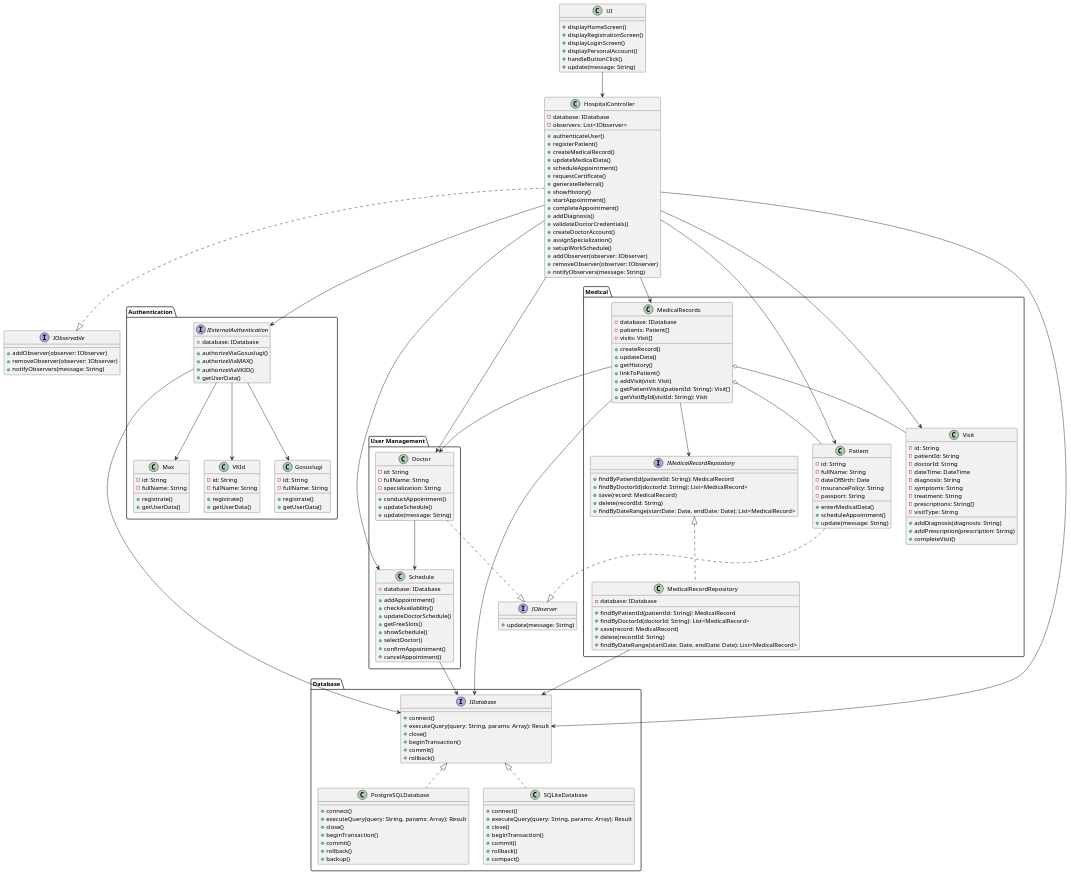
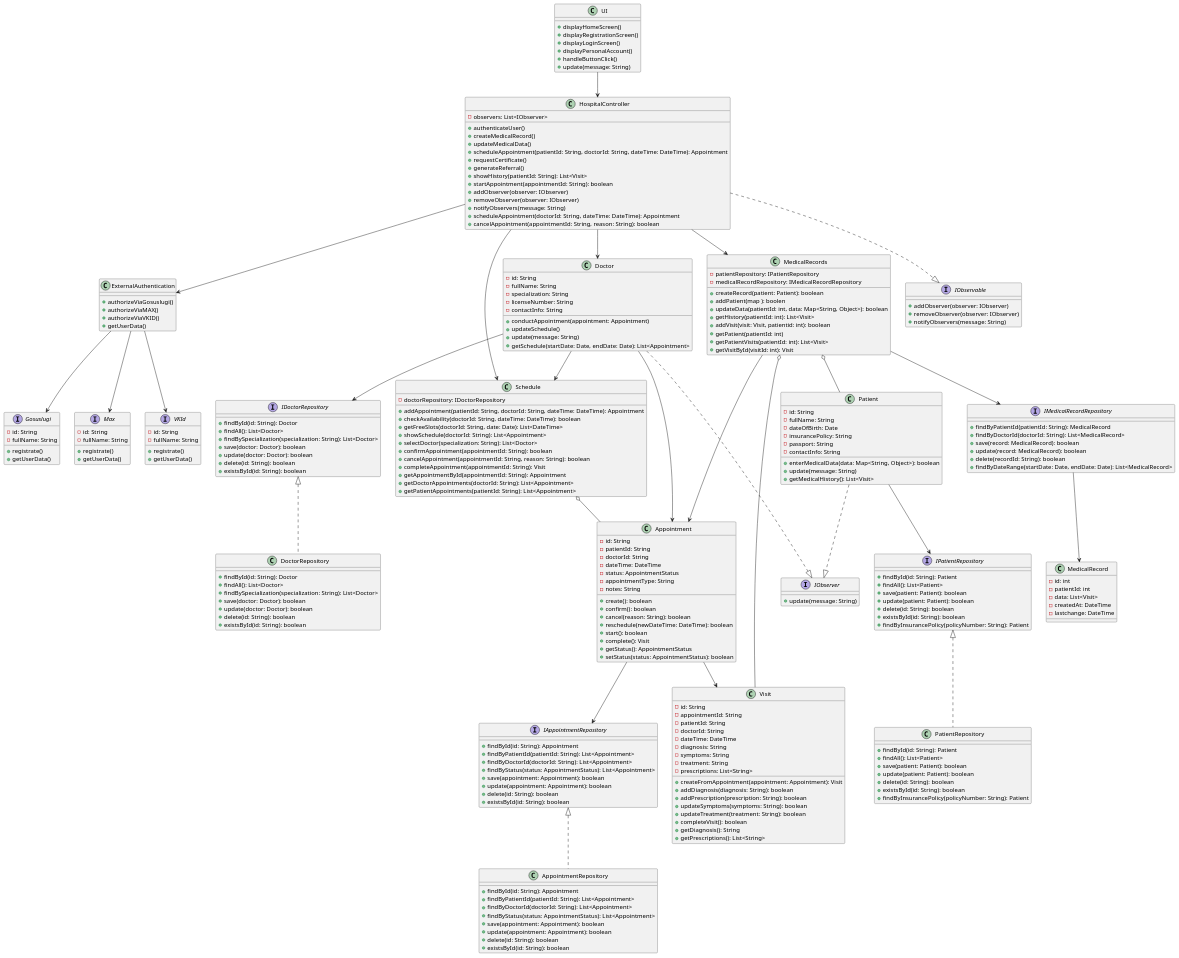
Before and after one commit to penamarth/bsbo-02-23_team5_var3_clinic: the diagram in ClassDiagram.md, drawn with PlantUML.

```diff
--- a/ClassDiagram.md
+++ b/ClassDiagram.md
@@ -1,163 +1,216 @@
 @startuml
 
-package "Authentication" {
-    interface IExternalAuthentication {
-        -database: IDatabase
-        +authorizeViaGosuslugi()
-        +authorizeViaMAX()
-        +authorizeViaVKID()
-        +getUserData()
-    }
+class ExternalAuthentication {
+    +authorizeViaGosuslugi()
+    +authorizeViaMAX()
+    +authorizeViaVKID()
+    +getUserData()
+}
     
-    class Gosuslugi {
-        -id: String
-        -fullName: String
-        +registrate()
-        +getUserData()
-    }
+interface Gosuslugi {
+    -id: String
+    -fullName: String
+    +registrate()
+    +getUserData()
+}
     
-    class Max {
-        -id: String
-        -fullName: String
-        +registrate()
-        +getUserData()
-    }
+interface Max {
+    -id: String
+    -fullName: String
+    +registrate()
+    +getUserData()
+}
     
-    class VKId {
-        -id: String
-        -fullName: String
-        +registrate()
-        +getUserData()
-    }
-    
-    
+interface VKId {
+    -id: String
+    -fullName: String
+    +registrate()
+    +getUserData()
 }
 
-package "User Management" {
 
-    class Doctor {
-        -id: String
-        -fullName: String
-        -specialization: String
-        +conductAppointment()
-        +updateSchedule()
-        +update(message: String)
-    }
-    class Schedule {
-        -database: IDatabase
-        +addAppointment()
-        +checkAvailability()
-        +updateDoctorSchedule()
-        +getFreeSlots()
-        +showSchedule()
-        +selectDoctor()
-        +confirmAppointment()
-        +cancelAppointment()
-    }
+interface IDoctorRepository {
+    +findById(id: String): Doctor
+    +findAll(): List<Doctor>
+    +findBySpecialization(specialization: String): List<Doctor>
+    +save(doctor: Doctor): boolean
+    +update(doctor: Doctor): boolean
+    +delete(id: String): boolean
+    +existsById(id: String): boolean
+}
     
+class DoctorRepository implements IDoctorRepository {
+    +findById(id: String): Doctor
+    +findAll(): List<Doctor>
+    +findBySpecialization(specialization: String): List<Doctor>
+    +save(doctor: Doctor): boolean
+    +update(doctor: Doctor): boolean
+    +delete(id: String): boolean
+    +existsById(id: String): boolean
+}
+    
+interface IPatientRepository {
+    +findById(id: String): Patient
+    +findAll(): List<Patient>
+    +save(patient: Patient): boolean
+    +update(patient: Patient): boolean
+    +delete(id: String): boolean
+    +existsById(id: String): boolean
+    +findByInsurancePolicy(policyNumber: String): Patient
+}
+   
+class PatientRepository implements IPatientRepository {
+    +findById(id: String): Patient
+    +findAll(): List<Patient>
+    +save(patient: Patient): boolean
+    +update(patient: Patient): boolean
+    +delete(id: String): boolean
+    +existsById(id: String): boolean
+    +findByInsurancePolicy(policyNumber: String): Patient
+}
+   
+interface IMedicalRecordRepository {
+    +findByPatientId(patientId: String): MedicalRecord
+    +findByDoctorId(doctorId: String): List<MedicalRecord>
+    +save(record: MedicalRecord): boolean
+    +update(record: MedicalRecord): boolean
+    +delete(recordId: String): boolean
+    +findByDateRange(startDate: Date, endDate: Date): List<MedicalRecord>
+}
+  
+class Doctor {
+    -id: String
+    -fullName: String
+    -specialization: String
+    -licenseNumber: String
+    -contactInfo: String
+    +conductAppointment(appointment: Appointment)  /'Вызывает Appointment, Visit формируется в нём, и потом в медикал рекордс'/
+    +updateSchedule()
+    +update(message: String)   /'Для обсервера'/
+    +getSchedule(startDate: Date, endDate: Date): List<Appointment> /'Вызывает Schedule - метод getDoctorAppointments'/
+}
+    
+class Appointment {
+    -id: String
+    -patientId: String
+    -doctorId: String
+    -dateTime: DateTime
+    -status: AppointmentStatus
+    -appointmentType: String
+    -notes: String
+    +create(): boolean
+    +confirm(): boolean
+    +cancel(reason: String): boolean
+    +reschedule(newDateTime: DateTime): boolean
+    +start(): boolean
+    +complete(): Visit   /'Создаётся объект Visit, который должен передаваться в MedicalRecords'/
+    +getStatus(): AppointmentStatus
+    +setStatus(status: AppointmentStatus): boolean
 }
 
-package "Medical" {
-    class Visit {
-        -id: String
-        -patientId: String
-        -doctorId: String
-        -dateTime: DateTime
-        -diagnosis: String
-        -symptoms: String
-        -treatment: String
-        -prescriptions: String[]
-        -visitType: String
-        +addDiagnosis(diagnosis: String)
-        +addPrescription(prescription: String)
-        +completeVisit()
-    }
-
-    class MedicalRecords {
-        -database: IDatabase
-        -patients: Patient[]
-        -visits: Visit[]
-        +createRecord()
-        +updateData()
-        +getHistory()
-        +linkToPatient()
-        +addVisit(visit: Visit)
-        +getPatientVisits(patientId: String): Visit[]
-        +getVisitById(visitId: String): Visit
-    }
-    class Patient {
-        -id: String
-        -fullName: String
-        -dateOfBirth: Date
-        -insurancePolicy: String
-        -passport: String
-        +enterMedicalData()
-        +scheduleAppointment()
-        +update(message: String)
-    }
-
-    interface IMedicalRecordRepository {
-        +findByPatientId(patientId: String): MedicalRecord
-        +findByDoctorId(doctorId: String): List<MedicalRecord>
-        +save(record: MedicalRecord)
-        +delete(recordId: String)
-        +findByDateRange(startDate: Date, endDate: Date): List<MedicalRecord>
-    }
-
-    class MedicalRecordRepository implements IMedicalRecordRepository {
-        -database: IDatabase
-        +findByPatientId(patientId: String): MedicalRecord
-        +findByDoctorId(doctorId: String): List<MedicalRecord>
-        +save(record: MedicalRecord)
-        +delete(recordId: String)
-        +findByDateRange(startDate: Date, endDate: Date): List<MedicalRecord>
-    }
+interface IAppointmentRepository 
+{
+    +findById(id: String): Appointment
+    +findByPatientId(patientId: String): List<Appointment>
+    +findByDoctorId(doctorId: String): List<Appointment>
+    +findByStatus(status: AppointmentStatus): List<Appointment>
+    +save(appointment: Appointment): boolean
+    +update(appointment: Appointment): boolean
+    +delete(id: String): boolean
+    +existsById(id: String): boolean
+}
     
+class AppointmentRepository implements IAppointmentRepository 
+{
+    +findById(id: String): Appointment
+    +findByPatientId(patientId: String): List<Appointment>
+    +findByDoctorId(doctorId: String): List<Appointment>
+    +findByStatus(status: AppointmentStatus): List<Appointment>
+    +save(appointment: Appointment): boolean
+    +update(appointment: Appointment): boolean
+    +delete(id: String): boolean
+    +existsById(id: String): boolean
+}
+class Schedule {
+    -doctorRepository: IDoctorRepository
+    +addAppointment(patientId: String, doctorId: String, dateTime: DateTime): Appointment   /' Вызывает Appointment'/
+    +checkAvailability(doctorId: String, dateTime: DateTime): boolean      
+    +getFreeSlots(doctorId: String, date: Date): List<DateTime> /'Вызывает Appointment -> AppointmentRepository '/
+    +showSchedule(doctorId: String): List<Appointment>  /'ВызываетСЯ Hospitalcontroller '/
+    +selectDoctor(specialization: String): List<Doctor>
+    +confirmAppointment(appointmentId: String): boolean
+    +cancelAppointment(appointmentId: String, reason: String): boolean
+    +completeAppointment(appointmentId: String): Visit
+    +getAppointmentById(appointmentId: String): Appointment
+    +getDoctorAppointments(doctorId: String): List<Appointment>
+    +getPatientAppointments(patientId: String): List<Appointment>
+}
     
-}
-  
-
-package "Database" {
-    interface IDatabase {
-        +connect()
-        +executeQuery(query: String, params: Array): Result
-        +close()
-        +beginTransaction()
-        +commit()
-        +rollback()
-    }
-
-    class PostgreSQLDatabase implements IDatabase {
-        +connect()
-        +executeQuery(query: String, params: Array): Result
-        +close()
-        +beginTransaction()
-        +commit()
-        +rollback()
-        +backup()
-    }
-
-    class SQLiteDatabase implements IDatabase {
-        +connect()
-        +executeQuery(query: String, params: Array): Result
-        +close()
-        +beginTransaction()
-        +commit()
-        +rollback()
-        +compact()
-    }
-
+class Patient {
+    -id: String
+    -fullName: String
+    -dateOfBirth: Date
+    -insurancePolicy: String
+    -passport: String
+    -contactInfo: String
+    +enterMedicalData(data: Map<String, Object>): boolean  /'Заполняет внутренние поля'/
+    +update(message: String)   /'Когда его зовёт обсервер'/
+    +getMedicalHistory(): List<Visit>    /'Под вывод функций'/
 }
 
+
+class Visit {
+    -id: String
+    -appointmentId: String
+    -patientId: String
+    -doctorId: String
+    -dateTime: DateTime
+    -diagnosis: String
+    -symptoms: String
+    -treatment: String
+    -prescriptions: List<String>
+    +createFromAppointment(appointment: Appointment): Visit
+    +addDiagnosis(diagnosis: String): boolean
+    +addPrescription(prescription: String): boolean
+    +updateSymptoms(symptoms: String): boolean
+    +updateTreatment(treatment: String): boolean
+    +completeVisit(): boolean /' Вызывает MedicalRecords'/
+    +getDiagnosis(): String
+    +getPrescriptions(): List<String>
+}
+
+class MedicalRecords {
+    -patientRepository: IPatientRepository
+    -medicalRecordRepository: IMedicalRecordRepository
+    +createRecord(patient: Patient): boolean                        /' Вызывает Patient получает данные с пациента и записывает в IMedicalRecordRepository'/
+    +addPatient(map ): boolen
+    +updateData(patientId: int, data: Map<String, Object>): boolean /' Вызывает IMedicalRecordRepository'/
+    +getHistory(patientId: int): List<Visit>                        /' Вызывает IMedicalRecordRepository'/
+    +addVisit(visit: Visit, patientid: int): boolean                /' Вызывает IMedicalRecordRepository, и дописывает туда информацию с Visit'/ 
+    +getPatient(patientId: int)                                     /' Вызывает Patient'/
+    +getPatientVisits(patientId: int): List<Visit>                  /' Вызывает IMedicalRecordRepository'/
+    +getVisitById(visitId: int): Visit                              /' Вызывает IMedicalRecordRepository'/
+}
+    
+class MedicalRecord {
+    -id: int
+    -patientId: int
+    -data: List<Visit>   /'Медкарты как набор совершённых Visit'/
+    -createdAt: DateTime
+    -lastchange: DateTime
+}
+
+
 interface IObserver {
-        +update(message: String)
-    }
+    +update(message: String)
+}
+
 interface IObservable {
     +addObserver(observer: IObserver)
     +removeObserver(observer: IObserver)
     +notifyObservers(message: String)
-    }
-    
+}
+
 class UI {
     +displayHomeScreen()
     +displayRegistrationScreen()
@@ -168,52 +221,50 @@
 }
 
 class HospitalController {
-    -database: IDatabase
     -observers: List<IObserver>
-    +authenticateUser()
-    +registerPatient()
-    +createMedicalRecord()
-    +updateMedicalData()
-    +scheduleAppointment()
+    +authenticateUser() /'Вызывает - ExternalAuthentication '/
+    +createMedicalRecord() /'Вызывает - MedicalRecords '/
+    +updateMedicalData()  /'Вызывает - MedicalRecords '/
+    +scheduleAppointment(patientId: String, doctorId: String, dateTime: DateTime): Appointment /'Вызывает Schedule'/
     +requestCertificate()
     +generateReferral()
-    +showHistory()
-    +startAppointment()
-    +completeAppointment()
-    +addDiagnosis()
-    +validateDoctorCredentials()
-    +createDoctorAccount()
-    +assignSpecialization()
-    +setupWorkSchedule()
+    +showHistory(patientId: String): List<Visit> /'Вызывает - MedicalRecords '/
+    +startAppointment(appointmentId: String): boolean /'Вызывает - Doctor '/
     +addObserver(observer: IObserver)
     +removeObserver(observer: IObserver)
     +notifyObservers(message: String)
+    +scheduleAppointment(doctorId: String, dateTime: DateTime): Appointment
+    +cancelAppointment(appointmentId: String, reason: String): boolean
 }
+
 
 UI --> HospitalController
 
-HospitalController --> IExternalAuthentication
+HospitalController --> ExternalAuthentication
 HospitalController --> MedicalRecords
 HospitalController --> Schedule
-HospitalController --> Patient
 HospitalController --> Doctor
-HospitalController --> Visit
 
 HospitalController ..|> IObservable
 Patient ..|> IObserver
 Doctor ..|> IObserver
-HospitalController --> IDatabase
-IExternalAuthentication --> Max
-IExternalAuthentication --> VKId
-IExternalAuthentication --> IDatabase
-IExternalAuthentication --> Gosuslugi
+
+ExternalAuthentication --> Max
+ExternalAuthentication --> VKId
+ExternalAuthentication --> Gosuslugi
+
 MedicalRecords o-- Patient
 MedicalRecords o-- Visit
-MedicalRecords --> Doctor
-MedicalRecordRepository --> IDatabase
+MedicalRecords --> Appointment
+
+Doctor --> Schedule
+Schedule o-- Appointment
+Doctor --> Appointment
+Appointment --> Visit
+
+Doctor --> IDoctorRepository
+Patient --> IPatientRepository
 MedicalRecords --> IMedicalRecordRepository
-MedicalRecords --> IDatabase
-Doctor --> Schedule
-Schedule --> IDatabase
-
+IMedicalRecordRepository --> MedicalRecord
+Appointment --> IAppointmentRepository
 @enduml
```
